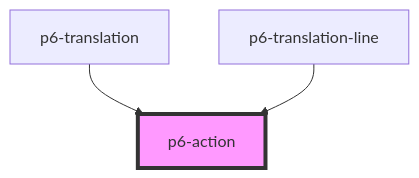
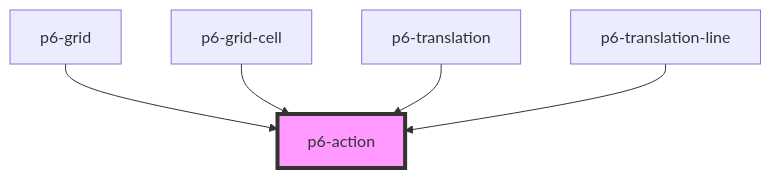
The diagram in src/components/atoms/p6-action/readme.md (amalto/platform6-ui-components), drawn with Mermaid before and after one commit. The commit also changed other lines of this file and 14 other files, not shown here.

````diff
--- a/src/components/atoms/p6-action/readme.md
+++ b/src/components/atoms/p6-action/readme.md
@@ -23,6 +25,8 @@
 ```mermaid
 graph TD;
+  p6-grid --> p6-action
+  p6-grid-cell --> p6-action
   p6-translation --> p6-action
   p6-translation-line --> p6-action
   style p6-action fill:#f9f,stroke:#333,stroke-width:4px
 ```
````
